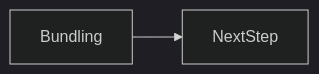
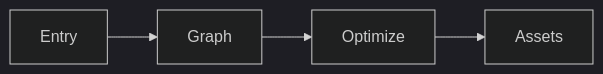
One commit to OmidJavaherii/Frontend-Engineering-Handbook changed the second of 2 diagrams in docs/en/13-performance/bundling/index.md. Above: the diagram before and after it, drawn with Mermaid (dark theme). The commit also changed other lines of this file and 461 other files, not shown here.

````diff
--- a/docs/en/13-performance/bundling/index.md
+++ b/docs/en/13-performance/bundling/index.md
@@ -95,4 +107,4 @@
 ```mermaid
 flowchart LR
-  concept[Bundling] --> nextStep[NextStep]
+  Entry --> Graph --> Optimize --> Assets
 ```
````
